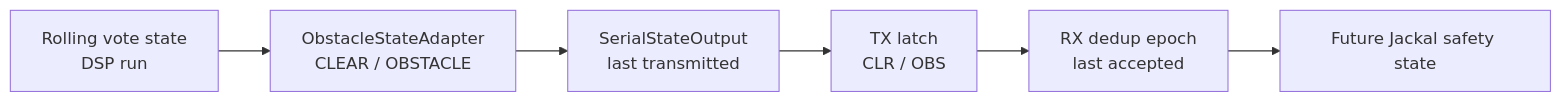
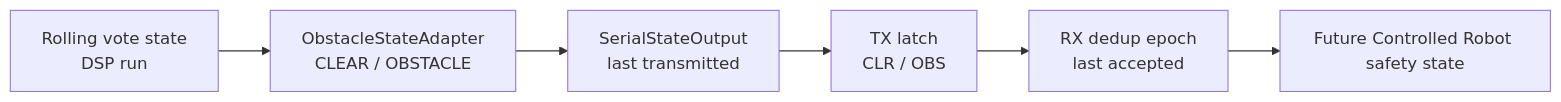
One commit to kirolossedra/RIS-Robotics changed diagram 20 of 21 in system/architecture.md. Above: the diagram before and after it, drawn with Mermaid. The commit also changed other lines of this file and 7 other files, not shown here.

````diff
--- a/system/architecture.md
+++ b/system/architecture.md
@@ -560,11 +575,11 @@
 ```mermaid
 flowchart LR
     V[Rolling vote state<br/>DSP run]
     O[ObstacleStateAdapter<br/>CLEAR / OBSTACLE]
     W[SerialStateOutput<br/>last transmitted]
     T[TX latch<br/>CLR / OBS]
     R[RX dedup epoch<br/>last accepted]
-    J[Future Jackal safety state]
+    J[Future Controlled Robot safety state]
 
     V --> O --> W --> T --> R --> J
 ```
````
